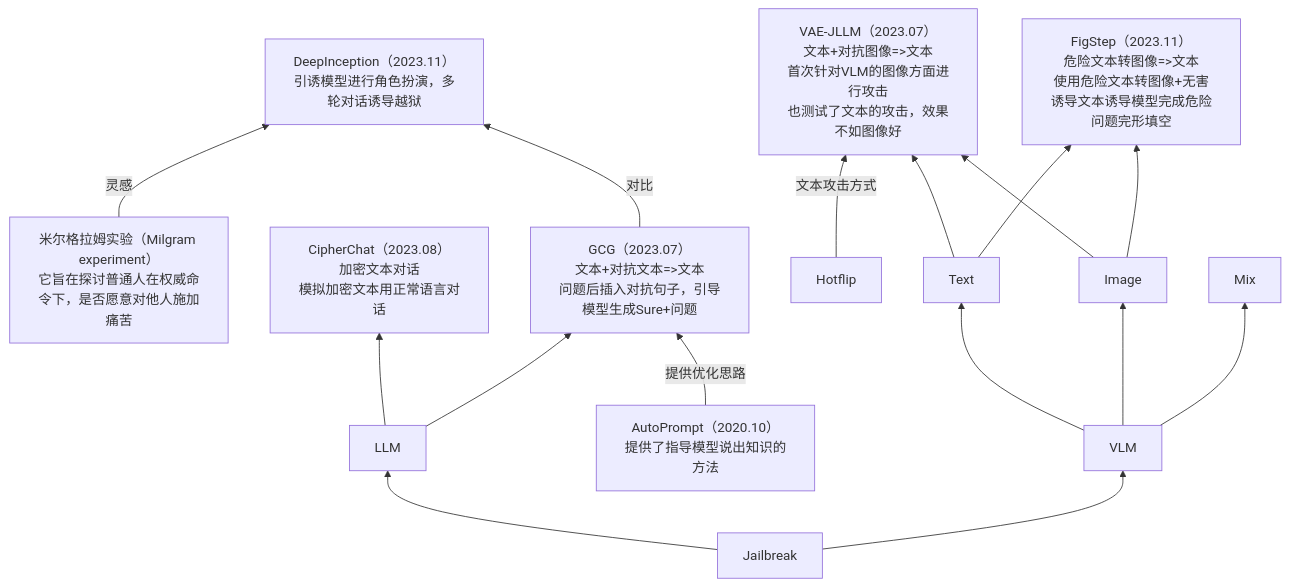
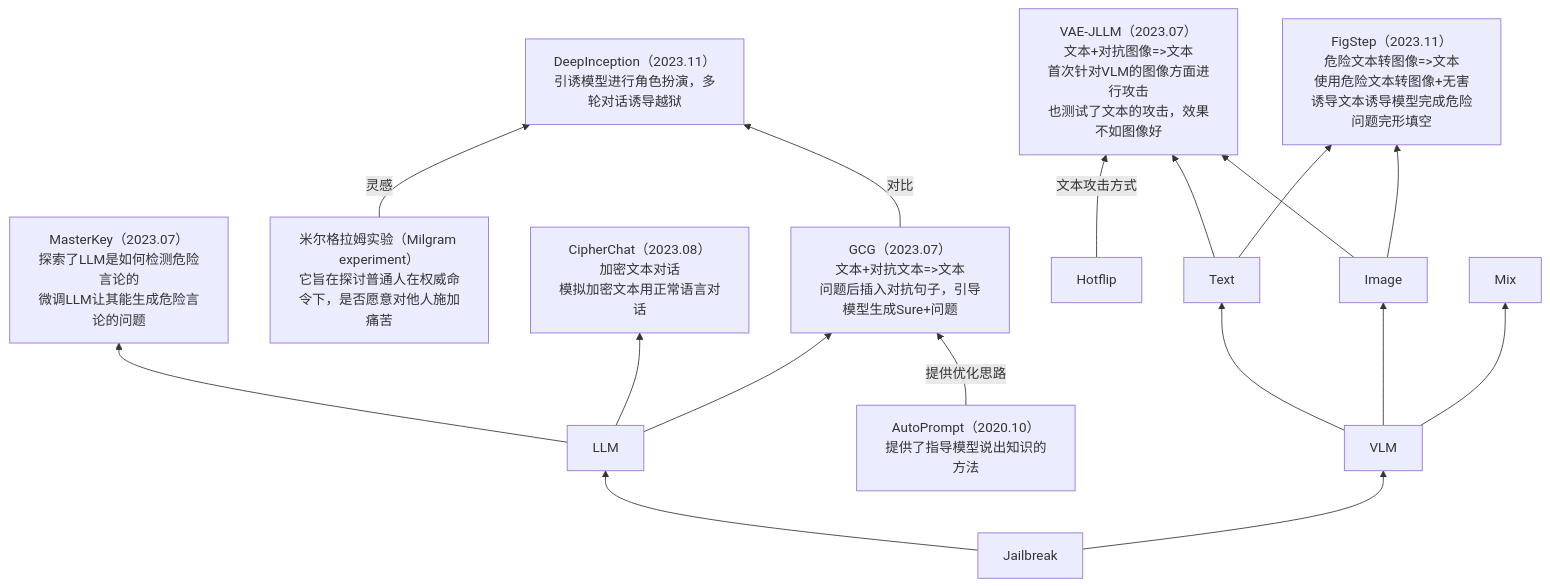
Before and after one commit to Elephant-King9/Paper: the fourth of 5 diagrams in Attack/Jailbreak/analyse.md, drawn with Mermaid. The commit also changed other lines of this file and 5 other files, not shown here.

Commit message:
MasterKey: Automated Jailbreak Across Multiple Large Language Model Chatbots

````diff
--- a/Attack/Jailbreak/analyse.md
+++ b/Attack/Jailbreak/analyse.md
@@ -53,28 +56,30 @@
 ```mermaid
 flowchart BT
 	Jailbreak-->LLM
+	LLM-->MasterKey
 	LLM-->GCG
 	LLM-->CipherChat
 	Milgram_experiment-->|灵感|DeepInception
 	
 	GCG-->|对比|DeepInception
 	Jailbreak-->VLM
 	VLM-->Text
 	VLM-->Image
 	Hotflip-->|文本攻击方式|VAE-JLLM
 	Text-->VAE-JLLM
 	Text-->FigStep
 	Image-->FigStep
 	Image-->VAE-JLLM
 	VLM-->Mix
 	AutoPrompt-->|提供优化思路|GCG
 	
 	
+	MasterKey[MasterKey（2023.07）<br>探索了LLM是如何检测危险言论的<br>微调LLM让其能生成危险言论的问题]
 	DeepInception[DeepInception（2023.11）<br>引诱模型进行角色扮演，多轮对话诱导越狱]
 	Milgram_experiment[米尔格拉姆实验（Milgram experiment）<br>它旨在探讨普通人在权威命令下，是否愿意对他人施加痛苦]
 	AutoPrompt[AutoPrompt（2020.10）<br>提供了指导模型说出知识的方法]
 	GCG[GCG（2023.07）<br>文本+对抗文本=>文本<br>问题后插入对抗句子，引导模型生成Sure+问题]
 	VAE-JLLM[VAE-JLLM（2023.07）<br>文本+对抗图像=>文本<br>首次针对VLM的图像方面进行攻击<br>也测试了文本的攻击，效果不如图像好]
 	FigStep[FigStep（2023.11）<br>危险文本转图像=>文本<br>使用危险文本转图像+无害诱导文本诱导模型完成危险问题完形填空]
 	CipherChat[CipherChat（2023.08）<br>加密文本对话<br>模拟加密文本用正常语言对话]
 ```
````
